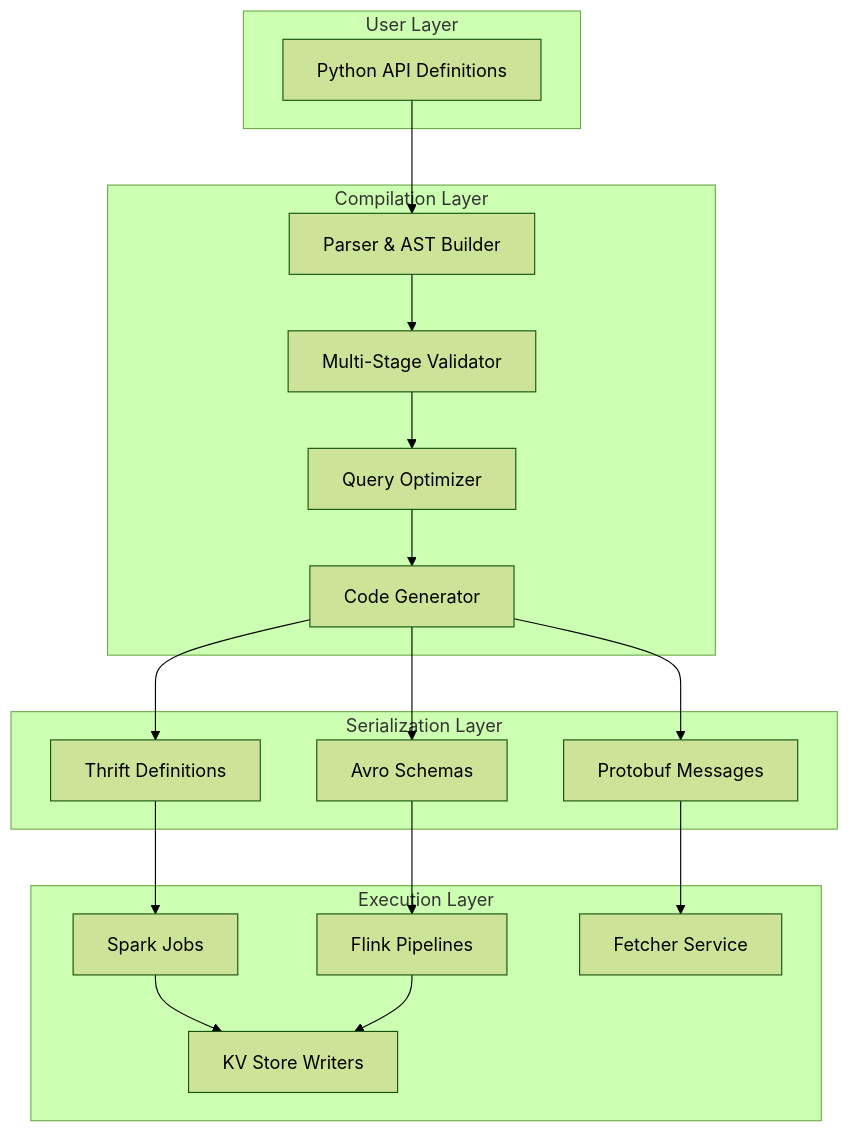
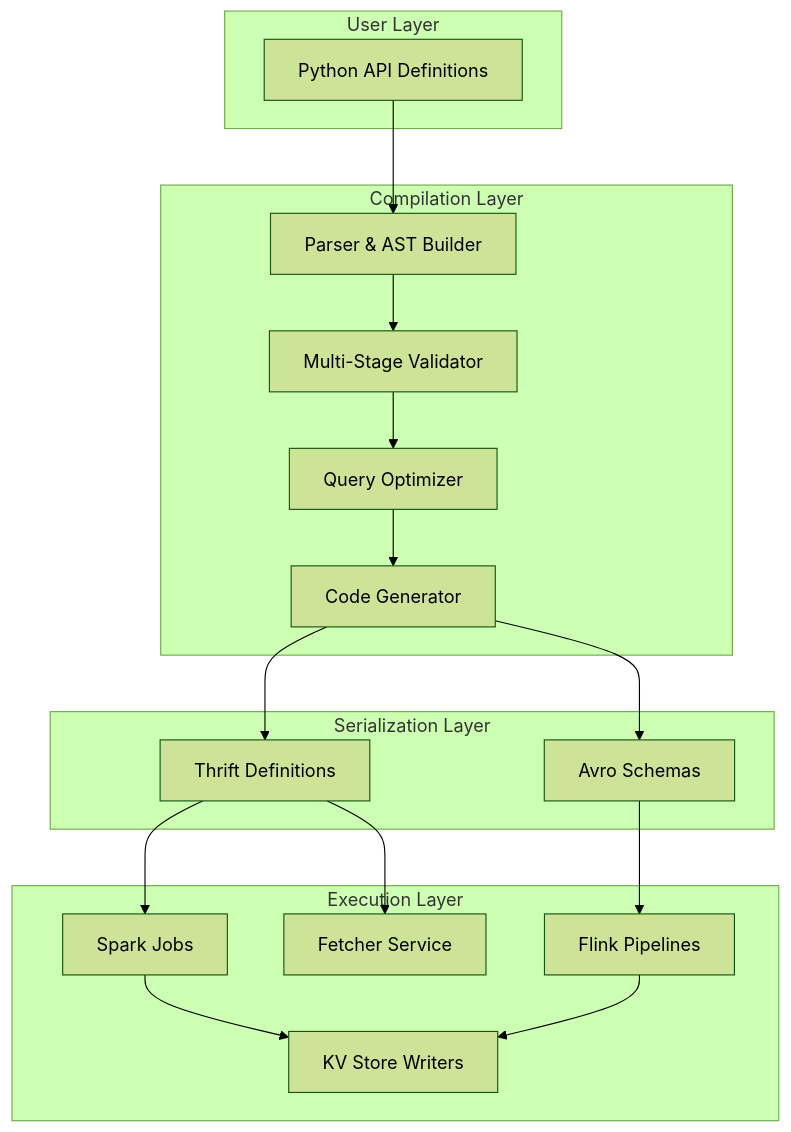
One commit to lsgrep/chronon-knowledge-graph changed the first of 2 diagrams in 04_compiler___validation_.md. Above: the diagram before and after it, drawn with Mermaid (forest theme). The commit also changed other lines of this file and 2 other files, not shown here.

````diff
--- a/04_compiler___validation_.md
+++ b/04_compiler___validation_.md
@@ -29,39 +29,37 @@
 ```mermaid
 graph TB
     subgraph "User Layer"
         PY[Python API Definitions]
     end
     
     subgraph "Compilation Layer"
         PARSE[Parser & AST Builder]
         VALIDATE[Multi-Stage Validator]
         OPTIMIZE[Query Optimizer]
         CODEGEN[Code Generator]
     end
     
     subgraph "Serialization Layer"
         THRIFT[Thrift Definitions]
         AVRO[Avro Schemas]
-        PROTO[Protobuf Messages]
     end
     
     subgraph "Execution Layer"
         SPARK[Spark Jobs]
         FLINK[Flink Pipelines]
         FETCHER[Fetcher Service]
         KV[KV Store Writers]
     end
     
     PY --> PARSE
     PARSE --> VALIDATE
     VALIDATE --> OPTIMIZE
     OPTIMIZE --> CODEGEN
     CODEGEN --> THRIFT
     CODEGEN --> AVRO
-    CODEGEN --> PROTO
     THRIFT --> SPARK
     AVRO --> FLINK
-    PROTO --> FETCHER
+    THRIFT --> FETCHER
     SPARK --> KV
     FLINK --> KV
 ```
````
